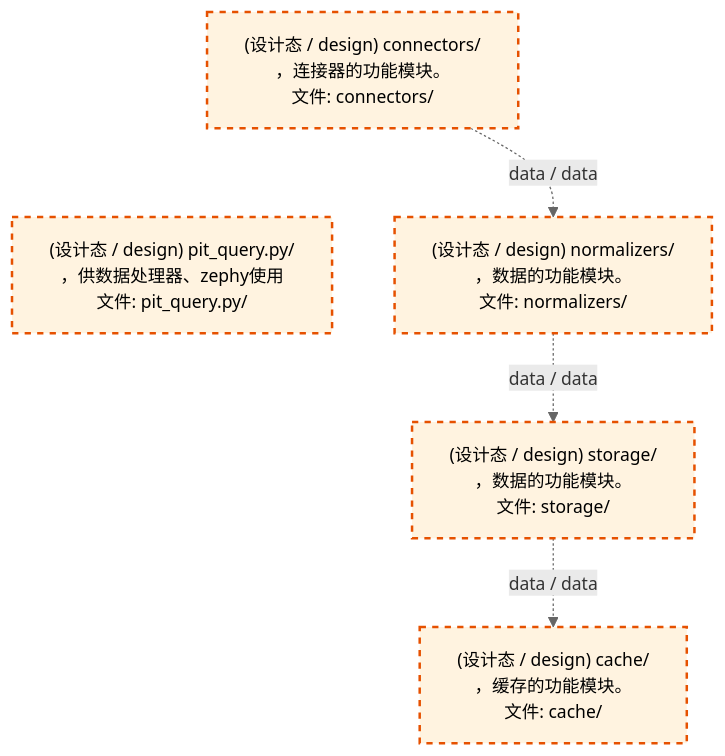
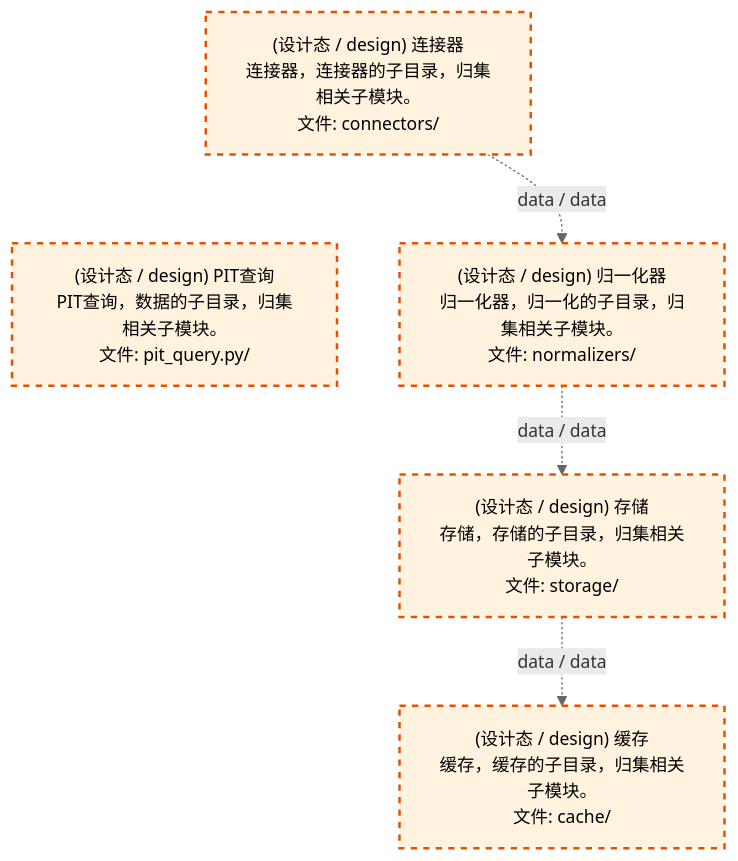
Before and after one commit to xuanFelixVan/ZephyrAlpha: the third of 4 diagrams in docs/02_enterprise_architecture/02_domain_architecture_docs/11_d_data.md, drawn with Mermaid. The commit also changed other lines of this file and 50 other files, not shown here.

````diff
--- a/docs/02_enterprise_architecture/02_domain_architecture_docs/11_d_data.md
+++ b/docs/02_enterprise_architecture/02_domain_architecture_docs/11_d_data.md
@@ -1293,18 +1293,18 @@
 ```mermaid
 %%{init: {'theme': 'base', 'themeVariables': {'primaryColor': '#eaeaea', 'primaryTextColor': '#333333', 'primaryBorderColor': '#666666', 'lineColor': '#666666', 'secondaryColor': '#eaeaea', 'tertiaryColor': '#eaeaea', 'fontSize': '14px'}}}%%
 flowchart TD
-    src_zephyr_data_connectors["(设计态 / design) connectors/<br/>，连接器的功能模块。<br/>文件: connectors/"]
-    src_zephyr_data_pit_query_py["(设计态 / design) pit_query.py/<br/>，供数据处理器、zephy使用<br/>文件: pit_query.py/"]
+    src_zephyr_data_connectors["(设计态 / design) 连接器<br/>连接器，连接器的子目录，归集相关子模块。<br/>文件: connectors/"]
+    src_zephyr_data_pit_query_py["(设计态 / design) PIT查询<br/>PIT查询，数据的子目录，归集相关子模块。<br/>文件: pit_query.py/"]
     src_zephyr_data_connectors ~~~ src_zephyr_data_pit_query_py
-    src_zephyr_data_normalizers["(设计态 / design) normalizers/<br/>，数据的功能模块。<br/>文件: normalizers/"]
-    src_zephyr_data_storage["(设计态 / design) storage/<br/>，数据的功能模块。<br/>文件: storage/"]
-    src_zephyr_data_cache["(设计态 / design) cache/<br/>，缓存的功能模块。<br/>文件: cache/"]
+    src_zephyr_data_normalizers["(设计态 / design) 归一化器<br/>归一化器，归一化的子目录，归集相关子模块。<br/>文件: normalizers/"]
+    src_zephyr_data_storage["(设计态 / design) 存储<br/>存储，存储的子目录，归集相关子模块。<br/>文件: storage/"]
+    src_zephyr_data_cache["(设计态 / design) 缓存<br/>缓存，缓存的子目录，归集相关子模块。<br/>文件: cache/"]
     src_zephyr_data_connectors -.->|data / data| src_zephyr_data_normalizers
     src_zephyr_data_normalizers -.->|data / data| src_zephyr_data_storage
     src_zephyr_data_storage -.->|data / data| src_zephyr_data_cache
     classDef production fill:#e1f5fe,stroke:#01579b,stroke-width:2px,color:#000
     classDef design fill:#fff3e0,stroke:#e65100,stroke-width:2px,color:#000,stroke-dasharray: 5 5
     classDef external_prod fill:#e8f4fd,stroke:#0277bd,stroke-width:1px,color:#000
     classDef external_design fill:#fff8e7,stroke:#ef6c00,stroke-width:1px,color:#000,stroke-dasharray: 5 5
     class src_zephyr_data_cache,src_zephyr_data_connectors,src_zephyr_data_normalizers,src_zephyr_data_pit_query_py,src_zephyr_data_storage design
 ```
````
